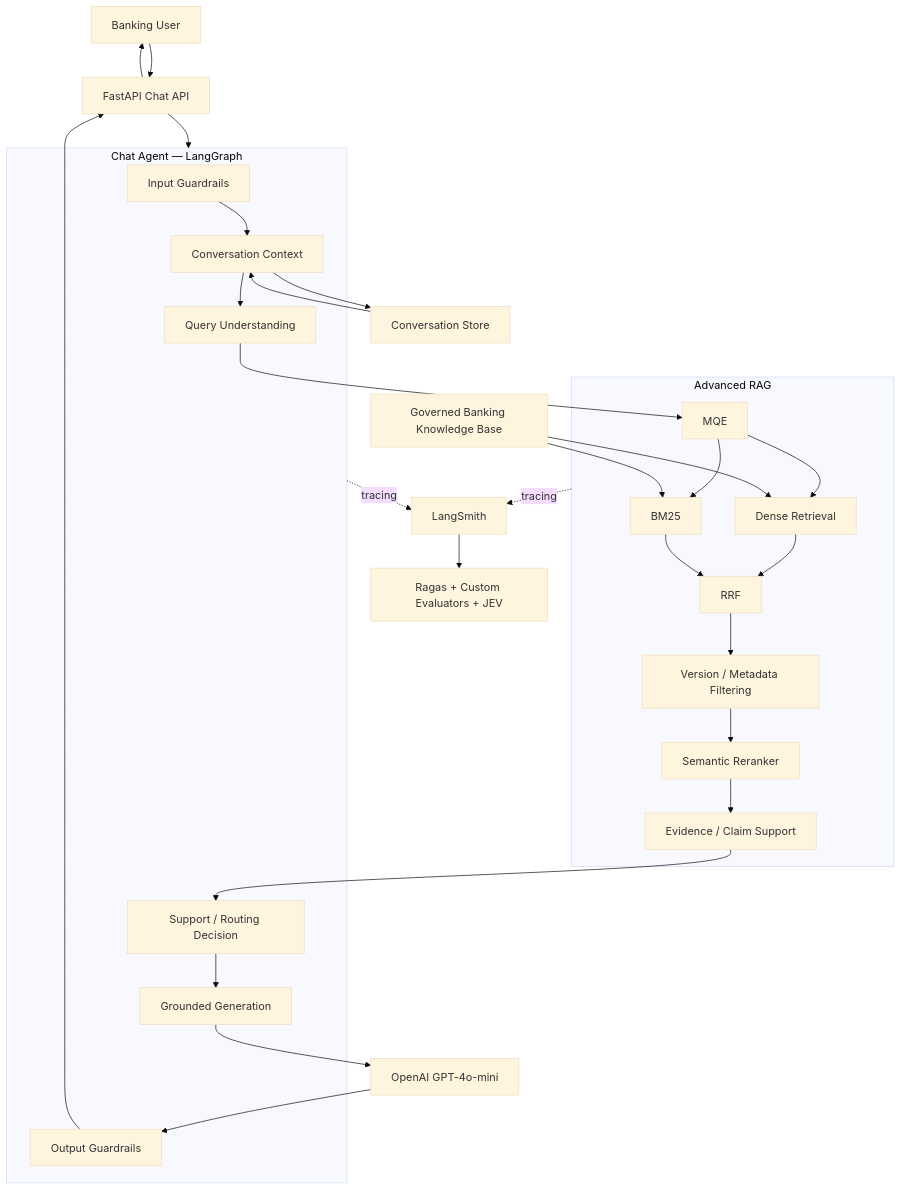
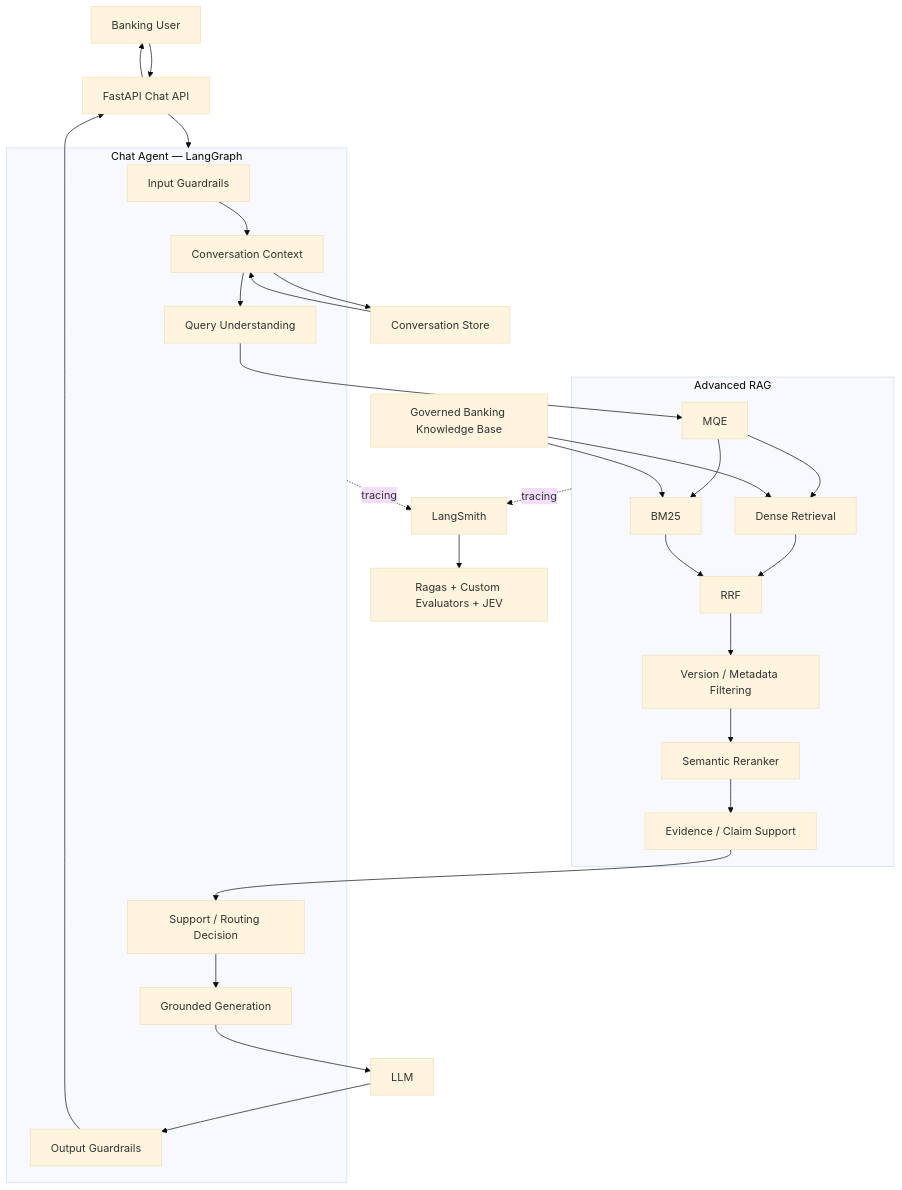
The eighth of 8 diagrams in docs/AGENT_DESIGN.md (AdithyaGopakumar/Advanced-RAG-Banking), drawn with Mermaid (base theme) before and after one commit. The commit also changed other lines of this file, not shown here.

Commit message:
Agent Design docs edited.

````diff
--- a/docs/AGENT_DESIGN.md
+++ b/docs/AGENT_DESIGN.md
@@ -1042,62 +1042,62 @@
 ```mermaid
 flowchart TB
     User["Banking User"]
     API["FastAPI Chat API"]
 
     subgraph Agent["Chat Agent — LangGraph"]
         IG["Input Guardrails"]
         Context["Conversation Context"]
         Understand["Query Understanding"]
         Decision["Support / Routing Decision"]
         Generate["Grounded Generation"]
         OG["Output Guardrails"]
     end
 
     subgraph RAG["Advanced RAG"]
         MQE["MQE"]
         Dense["Dense Retrieval"]
         BM25["BM25"]
         RRF["RRF"]
         Filter["Version / Metadata Filtering"]
         Rerank["Semantic Reranker"]
         Evidence["Evidence / Claim Support"]
     end
 
     KB["Governed Banking Knowledge Base"]
-    LLM["OpenAI GPT-4o-mini"]
+    LLM["LLM"]
     Memory["Conversation Store"]
     Eval["Ragas + Custom Evaluators + JEV"]
     Trace["LangSmith"]
 
     User --> API
     API --> Agent
 
     IG --> Context
     Context --> Understand
     Understand --> MQE
 
     MQE --> Dense
     MQE --> BM25
     Dense --> RRF
     BM25 --> RRF
     RRF --> Filter
     Filter --> Rerank
     Rerank --> Evidence
 
     Evidence --> Decision
     Decision --> Generate
     Generate --> LLM
     LLM --> OG
     OG --> API
     API --> User
 
     KB --> Dense
     KB --> BM25
 
     Context --> Memory
     Memory --> Context
 
     Agent -. tracing .-> Trace
     RAG -. tracing .-> Trace
     Trace --> Eval
 ```
````
